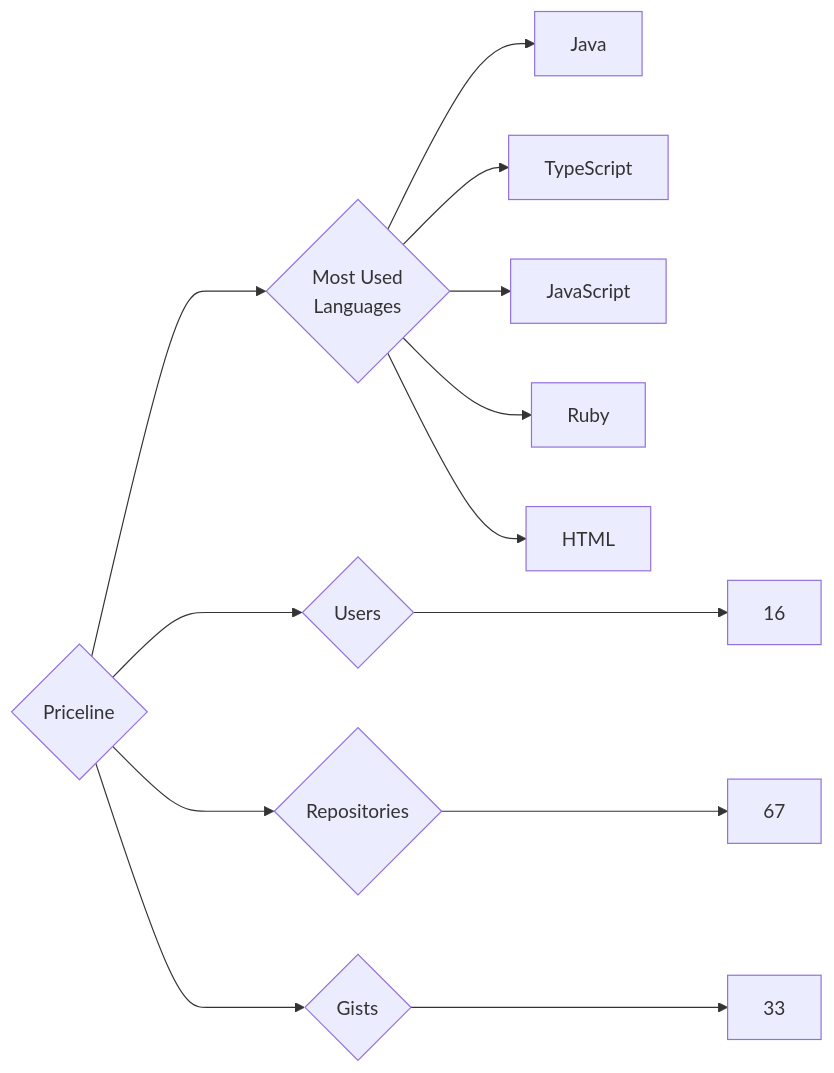
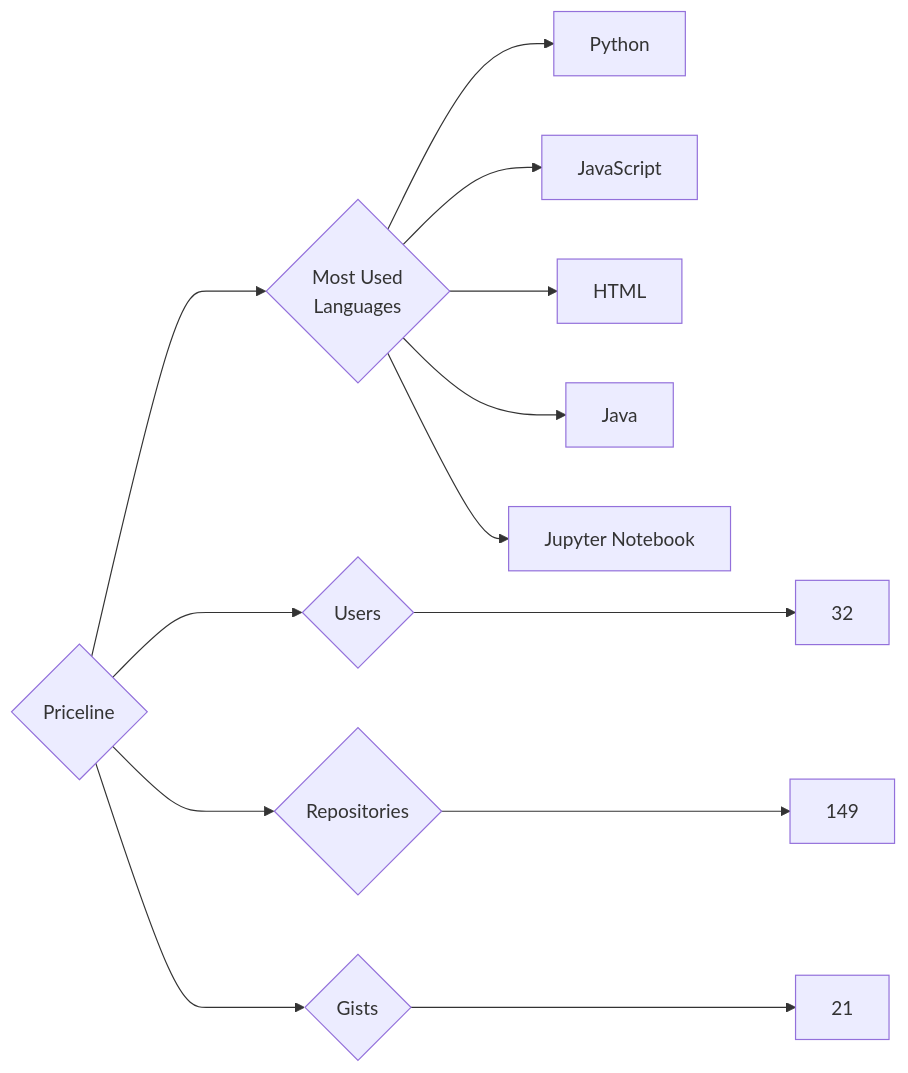
Before and after one commit to trickest/insiders: the diagram in targets/Priceline/README.md, drawn with Mermaid. The commit also changed 976 other files, not shown here.

````diff
--- a/targets/Priceline/README.md
+++ b/targets/Priceline/README.md
@@ -3,13 +3,13 @@
 ```mermaid
 graph LR
 COMPANY_NAME{Priceline}
-COMPANY_NAME ---> U{Users} ---> UN[16]
-COMPANY_NAME ---> R{Repositories} ---> RN[67]
-COMPANY_NAME ---> G{Gists} ---> GN[33]
+COMPANY_NAME ---> U{Users} ---> UN[32]
+COMPANY_NAME ---> R{Repositories} ---> RN[149]
+COMPANY_NAME ---> G{Gists} ---> GN[21]
 COMPANY_NAME ---> ML{Most Used<br>Languages}
+ML --> Python[Python]
+ML --> JavaScript[JavaScript]
+ML --> HTML[HTML]
 ML --> Java[Java]
-ML --> TypeScript[TypeScript]
-ML --> JavaScript[JavaScript]
-ML --> Ruby[Ruby]
-ML --> HTML[HTML]
+ML --> Jupyter_Notebook[Jupyter Notebook]
 ```
````
